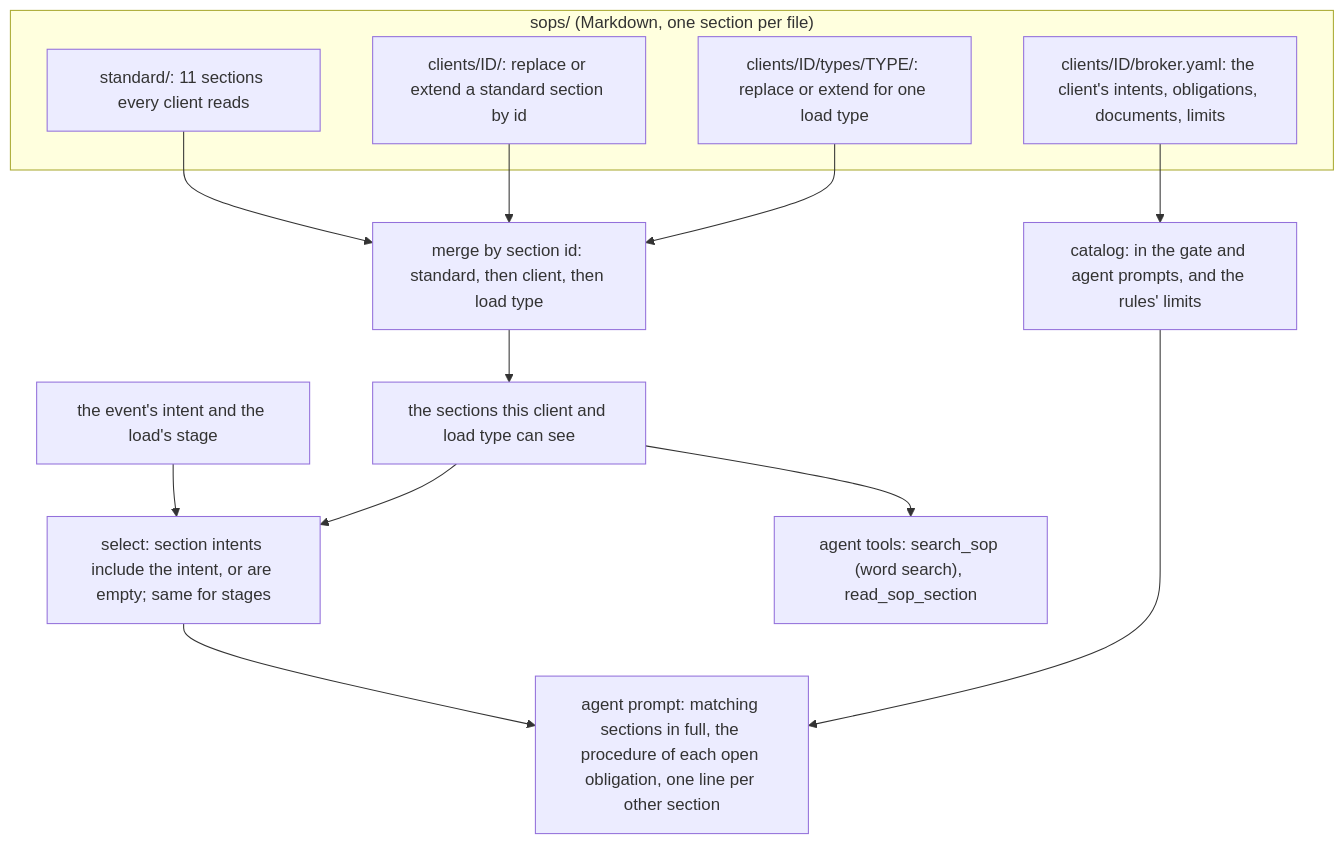
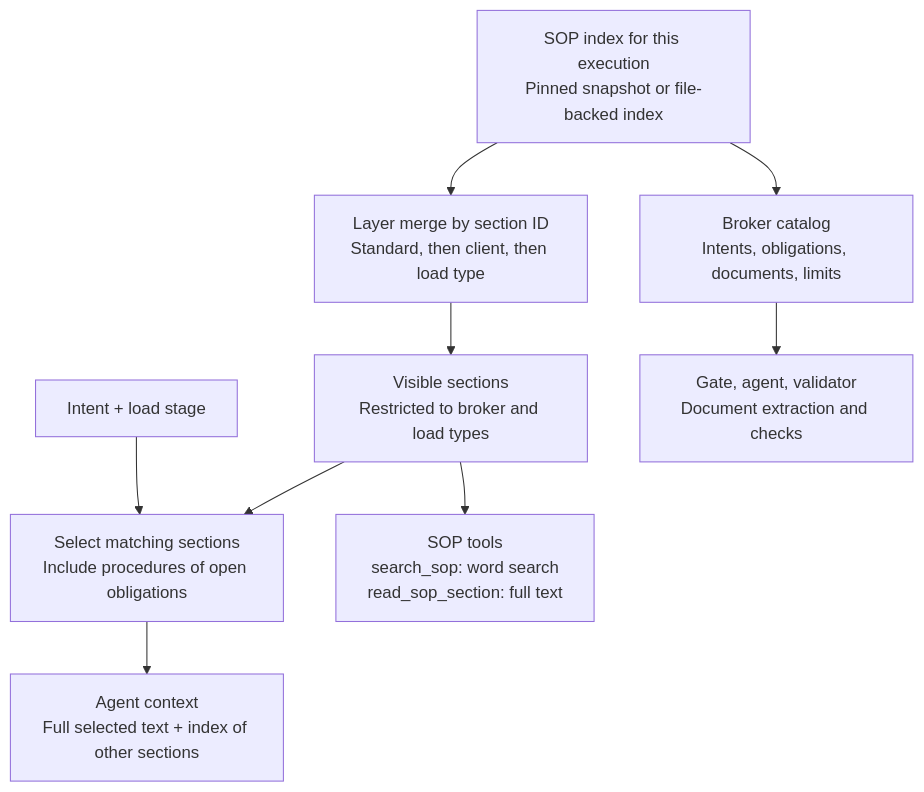
Before and after one commit to pedrocwb/freight-hero-assessment: diagram 11 of 14 in docs/architecture.md, drawn with Mermaid. The commit also changed other lines of this file and 1 other file, not shown here.

Commit message:
docs: redraw architecture diagrams for durable broker operations

````diff
--- a/docs/architecture.md
+++ b/docs/architecture.md
@@ -381,21 +470,19 @@
 ```mermaid
 flowchart TB
-  subgraph tree["sops/ (Markdown, one section per file)"]
-    standard["standard/: 11 sections every client reads"]
-    client["clients/ID/: replace or extend a standard section by id"]
-    loadtype["clients/ID/types/TYPE/: replace or extend for one load type"]
-    catalog["clients/ID/broker.yaml: the client's intents, obligations, documents, limits"]
-  end
+  source["SOP index for this execution<br/>Pinned snapshot or file-backed index"]
+  merge["Layer merge by section ID<br/>Standard, then client, then load type"]
+  visible["Visible sections<br/>Restricted to broker and load types"]
+  event["Intent + load stage"]
+  selection["Select matching sections<br/>Include procedures of open obligations"]
+  prompt["Agent context<br/>Full selected text + index of other sections"]
+  tools["SOP tools<br/>search_sop: word search<br/>read_sop_section: full text"]
+  catalog["Broker catalog<br/>Intents, obligations, documents, limits"]
+  consumers["Gate, agent, validator<br/>Document extraction and checks"]
 
-  standard --> merge
-  client --> merge
-  loadtype --> merge
-  merge["merge by section id: standard, then client, then load type"] --> visible["the sections this client and load type can see"]
-
-  event["the event's intent and the load's stage"] --> select
-  visible --> select["select: section intents include the intent, or are empty; same for stages"]
-  select --> prompt["agent prompt: matching sections in full, the procedure of each open obligation, one line per other section"]
-  visible --> tools["agent tools: search_sop (word search), read_sop_section"]
-  catalog --> rendered["catalog: in the gate and agent prompts, and the rules' limits"]
-  rendered --> prompt
+  source --> merge --> visible
+  visible --> selection
+  event --> selection
+  selection --> prompt
+  visible --> tools
+  source --> catalog --> consumers
 ```
````
